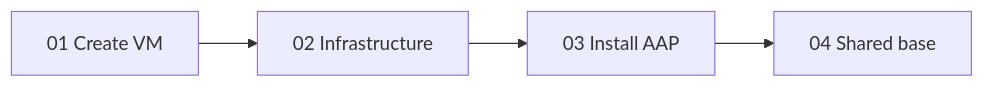
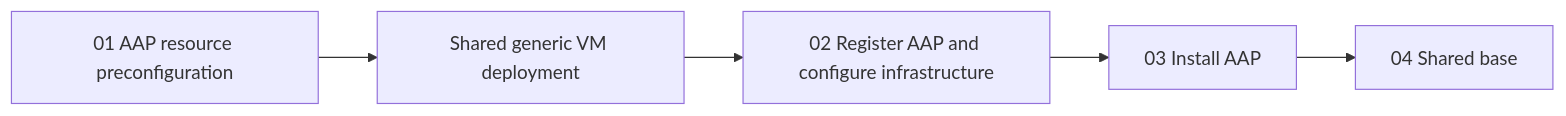
Before and after one commit to kvegh/aap_autodeploy_configascode: the diagram in README.md, drawn with Mermaid. The commit also changed other lines of this file and 21 other files, not shown here.

Commit message:
Share AAP VM creation with umbrella deployment

````diff
--- a/README.md
+++ b/README.md
@@ -700,6 +748,7 @@
 ```mermaid
 flowchart LR
-    VM[01 Create VM] --> Infra[02 Infrastructure]
+    Prepare[01 AAP resource preconfiguration] --> VM[Shared generic VM deployment]
+    VM --> Infra[02 Register AAP and configure infrastructure]
     Infra --> Install[03 Install AAP]
     Install --> Base[04 Shared base]
 ```
````
